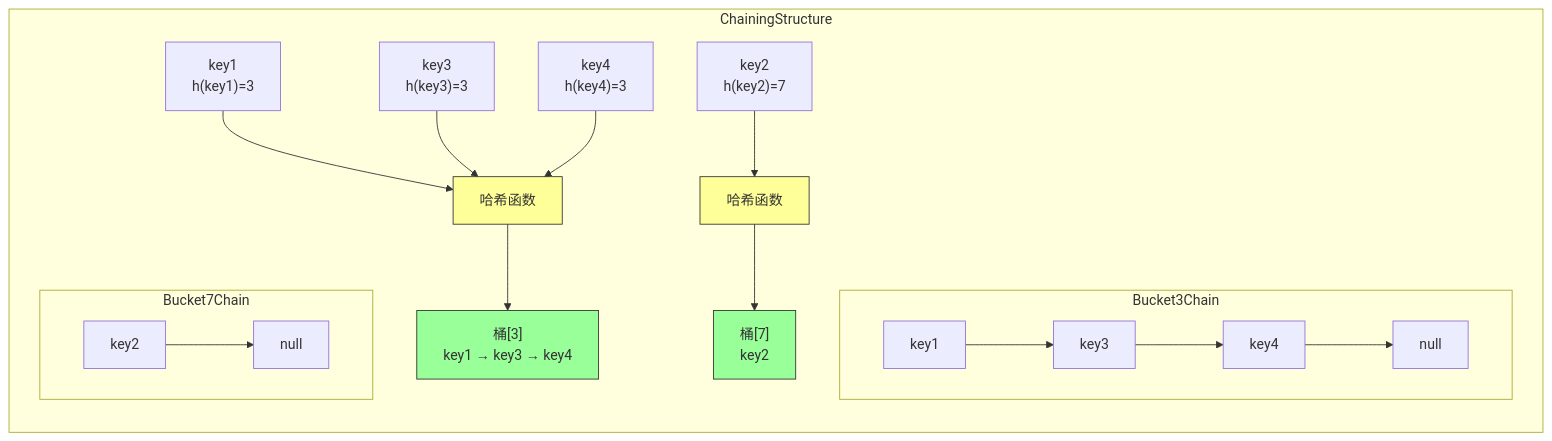
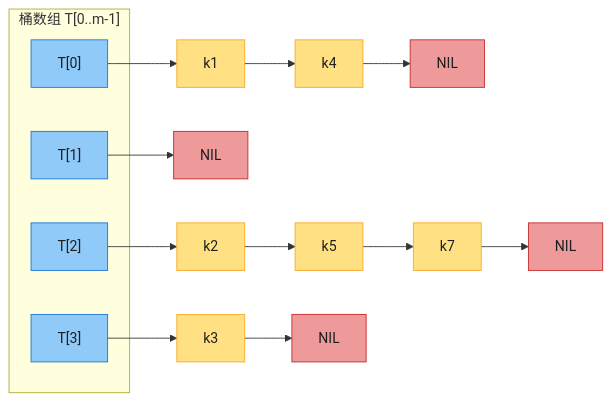
Before and after one commit to socoo123/book_reading: the third of 4 diagrams in IntroductionToAlgorithms/Chapter11_哈希表_深度版.md, drawn with Mermaid. The commit also changed other lines of this file and 30 other files, not shown here.

````diff
--- a/IntroductionToAlgorithms/Chapter11_哈希表_深度版.md
+++ b/IntroductionToAlgorithms/Chapter11_哈希表_深度版.md
@@ -1125,28 +210,20 @@
 ```mermaid
 graph LR
-    subgraph ChainingStructure
+    subgraph T["桶数组 T[0..m-1]"]
+      t0["T[0]"]
+      t1["T[1]"]
+      t2["T[2]"]
+      t3["T[3]"]
+    end
+    t0 --> n1["k1"] --> n4["k4"] --> nil1["NIL"]
+    t1 --> nil2["NIL"]
+    t2 --> n2["k2"] --> n5["k5"] --> n7["k7"] --> nil3["NIL"]
+    t3 --> n3["k3"] --> nil4["NIL"]
 
-    K1["key1<br/>h(key1)=3"] --> H1["哈希函数"]
-    K2["key2<br/>h(key2)=7"] --> H2["哈希函数"]
-    K3["key3<br/>h(key3)=3"] --> H1
-    K4["key4<br/>h(key4)=3"] --> H1
-
-    H1 --> B3["桶[3]<br/>key1 → key3 → key4"]
-    H2 --> B7["桶[7]<br/>key2"]
-
-    subgraph Bucket3Chain
-    N1["key1"] --> N2["key3"]
-    N2 --> N3["key4"]
-    N3 --> Null1["null"]
-    end
-
-    subgraph Bucket7Chain
-    N7["key2"] --> Null2["null"]
-    end
-
-    style H1 fill:#ff9,stroke:#333
-    style H2 fill:#ff9,stroke:#333
-    style B3 fill:#9f9,stroke:#333
-    style B7 fill:#9f9,stroke:#333
-    end
+    classDef slot fill:#90CAF9,stroke:#1976D2,color:#1f1f1f
+    classDef key fill:#FFE082,stroke:#F9A825,color:#1f1f1f
+    classDef nil fill:#EF9A9A,stroke:#C62828,color:#1f1f1f
+    class t0,t1,t2,t3 slot
+    class n1,n4,n2,n5,n7,n3 key
+    class nil1,nil2,nil3,nil4 nil
 ```
````
